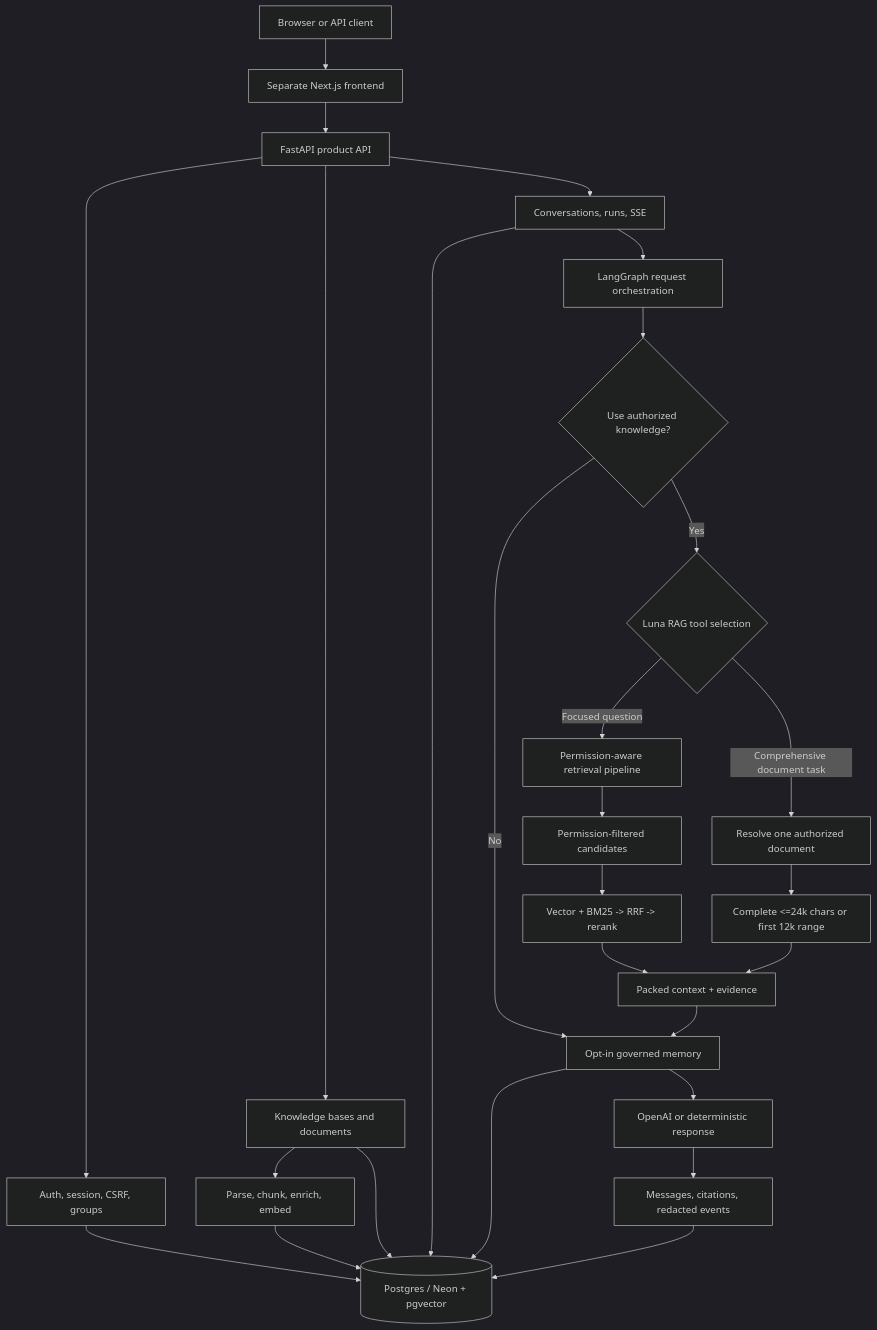
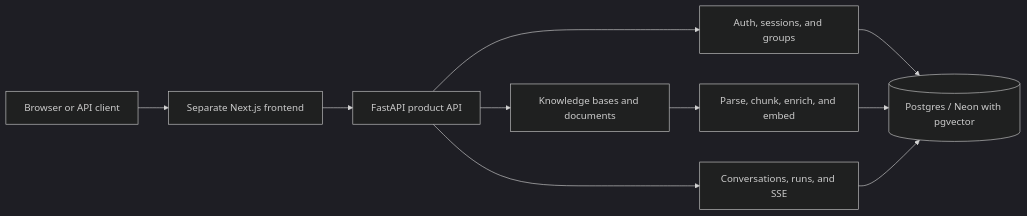
The first of 2 diagrams in README.en.md (heecheon92/my-agents), drawn with Mermaid (dark theme) before and after one commit. The commit also changed other lines of this file and 1 other file, not shown here.

Commit message:
Improve README architecture diagrams

````diff
--- a/README.en.md
+++ b/README.en.md
@@ -46,33 +46,12 @@
 ```mermaid
-flowchart TD
+flowchart LR
     Client["Browser or API client"] --> Frontend["Separate Next.js frontend"]
     Frontend --> API["FastAPI product API"]
-
-    API --> Auth["Auth, session, CSRF, groups"]
+    API --> Auth["Auth, sessions, and groups"]
     API --> Knowledge["Knowledge bases and documents"]
-    API --> Runs["Conversations, runs, SSE"]
-
-    Knowledge --> Ingestion["Parse, chunk, enrich, embed"]
-    Ingestion --> DB[("Postgres / Neon + pgvector")]
-    Auth --> DB
-    Knowledge --> DB
+    API --> Runs["Conversations, runs, and SSE"]
+    Knowledge --> Ingestion["Parse, chunk, enrich, and embed"]
+    Auth --> DB[("Postgres / Neon with pgvector")]
+    Ingestion --> DB
     Runs --> DB
-
-    Runs --> Orchestration["LangGraph request orchestration"]
-    Orchestration --> SourceGate{"Use authorized knowledge?"}
-    SourceGate -->|No| Memory["Opt-in governed memory"]
-    SourceGate -->|Yes| RAGChoice{"Luna RAG tool selection"}
-    RAGChoice -->|Focused question| Retrieval["Permission-aware retrieval pipeline"]
-    RAGChoice -->|Comprehensive document task| FullResolve["Resolve one authorized document"]
-    Retrieval --> Permission["Permission-filtered candidates"]
-    Permission --> Hybrid["Vector + BM25 -> RRF -> rerank"]
-    Hybrid --> Context["Packed context + evidence"]
-    FullResolve --> FullRead["Complete <=24k chars or first 12k range"]
-    FullRead --> Context
-    Context --> Memory
-
-    Memory --> DB
-    Memory --> Provider["OpenAI or deterministic response"]
-    Provider --> Audit["Messages, citations, redacted events"]
-    Audit --> DB
 ```
````
